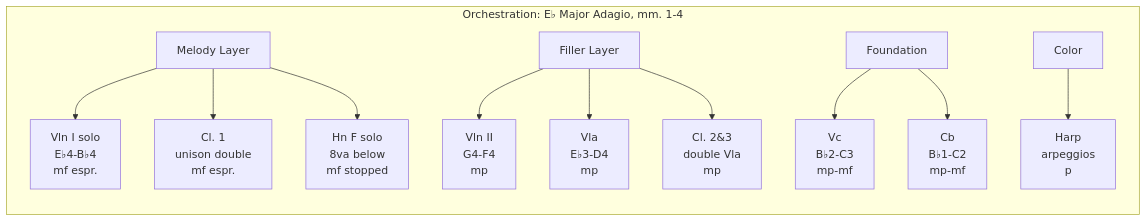
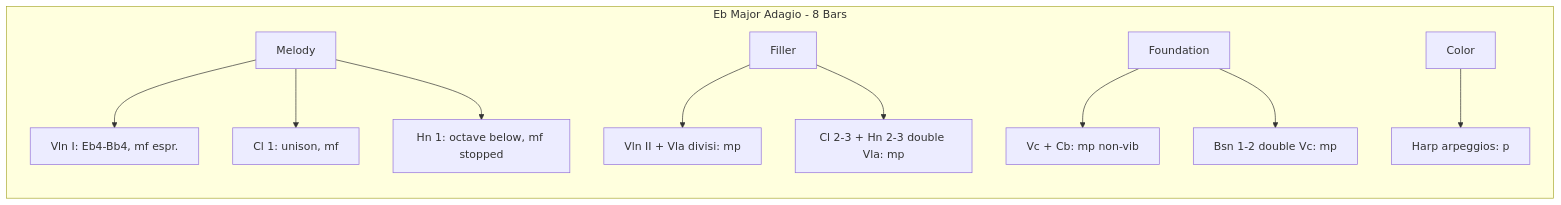
The fourth of 4 diagrams in topics/arts/composition/orchestration/lesson_04_coordinating_instruments.md (blebleblee/synapse), drawn with Mermaid before and after one commit. The commit also changed other lines of this file and 4 other files, not shown here.

````diff
--- a/topics/arts/composition/orchestration/lesson_04_coordinating_instruments.md
+++ b/topics/arts/composition/orchestration/lesson_04_coordinating_instruments.md
@@ -207,17 +275,13 @@
 ```mermaid
 graph LR
-    subgraph sub_orchestration__e__major_adagio ["Orchestration: E♭ Major Adagio, mm. 1-4"]
-        A["Melody Layer"] --> B["Vln I solo<br/>E♭4-B♭4<br/>mf espr."]
-        A --> C["Cl. 1<br/>unison double<br/>mf espr."]
-        A --> D["Hn F solo<br/>8va below<br/>mf stopped"]
-        
-        E["Filler Layer"] --> F["Vln II<br/>G4-F4<br/>mp"]
-        E --> G["Vla<br/>E♭3-D4<br/>mp"]
-        E --> H["Cl. 2&3<br/>double Vla<br/>mp"]
-        
-        I["Foundation"] --> J["Vc<br/>B♭2-C3<br/>mp-mf"]
-        I --> K["Cb<br/>B♭1-C2<br/>mp-mf"]
-        
-        L["Color"] --> M["Harp<br/>arpeggios<br/>p"]
+    subgraph sub_eb_adagio ["Eb Major Adagio - 8 Bars"]
+        A["Melody"] --> B["Vln I: Eb4-Bb4, mf espr."]
+        A --> C["Cl 1: unison, mf"]
+        A --> D["Hn 1: octave below, mf stopped"]
+        E["Filler"] --> F["Vln II + Vla divisi: mp"]
+        E --> G["Cl 2-3 + Hn 2-3 double Vla: mp"]
+        H["Foundation"] --> I["Vc + Cb: mp non-vib"]
+        H --> J["Bsn 1-2 double Vc: mp"]
+        K["Color"] --> L["Harp arpeggios: p"]
     end
 ```
````
